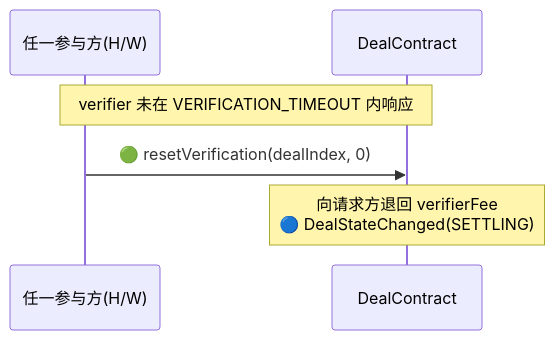
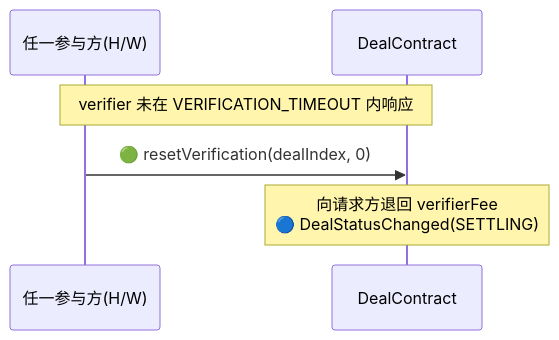
One commit to synctxai/synctx changed the fourth of 7 diagrams in examples/european-option/european-option-design.md. Above: the diagram before and after it, drawn with Mermaid. The commit also changed other lines of this file and 8 other files, not shown here.

First line of the commit message:
rename DealStateChanged to DealStatusChanged for consistency with DealStatus

````diff
--- a/examples/european-option/european-option-design.md
+++ b/examples/european-option/european-option-design.md
@@ -295,9 +295,9 @@
 ```mermaid
 sequenceDiagram
     participant P as 任一参与方(H/W)
     participant D as DealContract
 
     Note over P,D: verifier 未在 VERIFICATION_TIMEOUT 内响应
     P->>D: 🟢 resetVerification(dealIndex, 0)
-    Note over D: 向请求方退回 verifierFee<br/>🔵 DealStateChanged(SETTLING)
+    Note over D: 向请求方退回 verifierFee<br/>🔵 DealStatusChanged(SETTLING)
 ```
````
